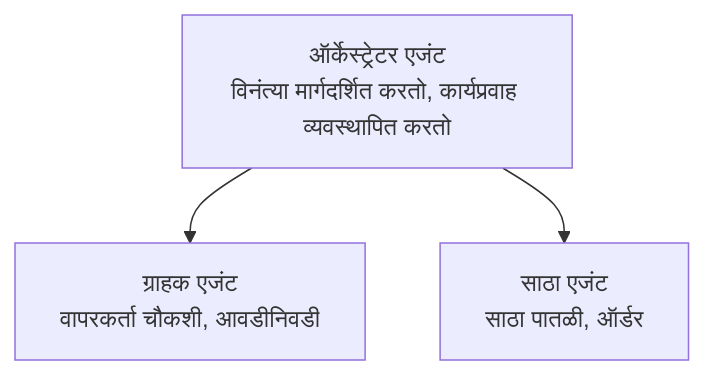
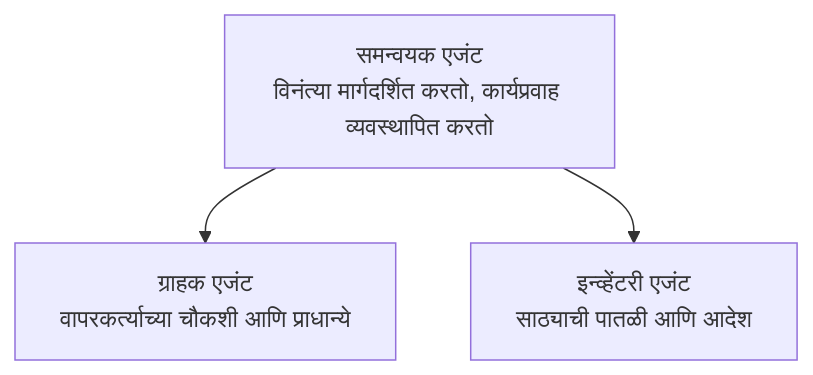
One commit to microsoft/AZD-for-beginners changed the diagram in translations/mr/docs/chapter-05-multi-agent/README.md. Above: the diagram before and after it, drawn with Mermaid. The commit also changed other lines of this file and 101 other files, not shown here.

````diff
--- a/translations/mr/docs/chapter-05-multi-agent/README.md
+++ b/translations/mr/docs/chapter-05-multi-agent/README.md
@@ -50,5 +52,5 @@
 ```mermaid
 graph TD
-    Orchestrator[ऑर्केस्ट्रेटर एजंट<br/>विनंत्या मार्गदर्शित करतो, कार्यप्रवाह व्यवस्थापित करतो] --> Customer[ग्राहक एजंट<br/>वापरकर्ता चौकशी, आवडीनिवडी]
-    Orchestrator --> Inventory[साठा एजंट<br/>साठा पातळी, ऑर्डर]
+    Orchestrator[समन्वयक एजंट<br/>विनंत्या मार्गदर्शित करतो, कार्यप्रवाह व्यवस्थापित करतो] --> Customer[ग्राहक एजंट<br/>वापरकर्त्याच्या चौकशी आणि प्राधान्ये]
+    Orchestrator --> Inventory[इन्व्हेंटरी एजंट<br/>साठ्याची पातळी आणि आदेश]
 ```
````
